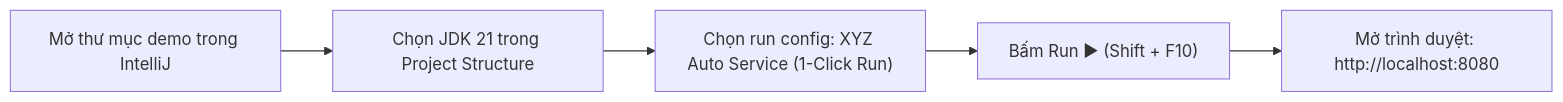
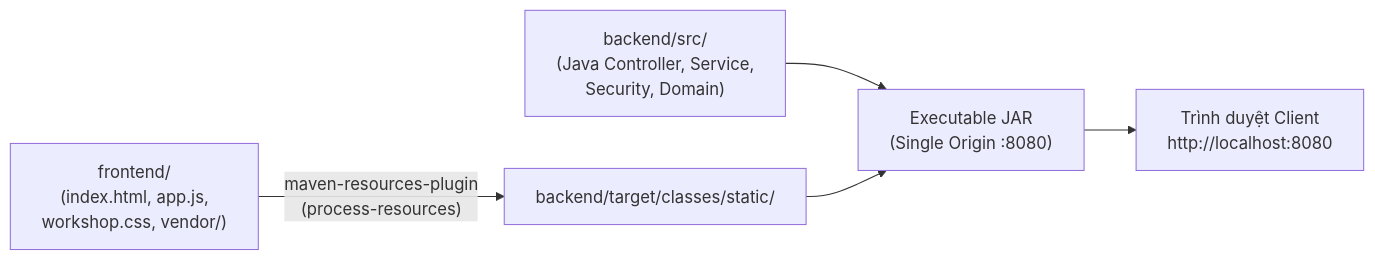
The diagram in README.md (Khoidep-zai/XYZ-Auto-Service), drawn with Mermaid before and after one commit. The commit also changed other lines of this file and 48 other files, not shown here.

First line of the commit message:
feat: integrate frontend-backend modular separation and optimizations from Tien_Dung

````diff
--- a/README.md
+++ b/README.md
@@ -84,7 +90,7 @@
 ```mermaid
 flowchart LR
-    A["Mở thư mục demo trong IntelliJ"] --> B["Chọn JDK 21 trong Project Structure"]
-    B --> C["Chọn run config: XYZ Auto Service (1-Click Run)"]
-    C --> D["Bấm Run ▶ (Shift + F10)"]
-    D --> E["Mở trình duyệt: http://localhost:8080"]
+    FE["frontend/\n(index.html, app.js,\nworkshop.css, vendor/)"] -- "maven-resources-plugin\n(process-resources)" --> TARGET["backend/target/classes/static/"]
+    BE["backend/src/\n(Java Controller, Service,\nSecurity, Domain)"] --> JAR["Executable JAR\n(Single Origin :8080)"]
+    TARGET --> JAR
+    JAR --> BROWSER["Trình duyệt Client\nhttp://localhost:8080"]
 ```
````
